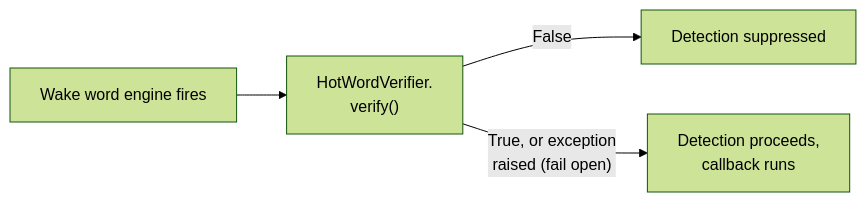
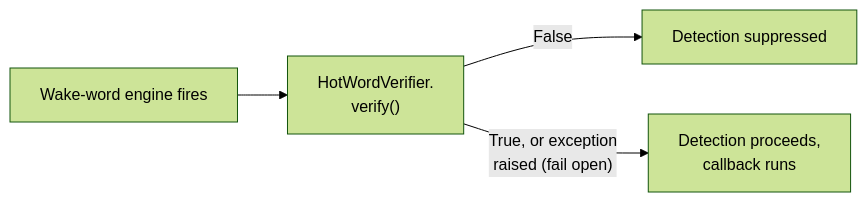
Before and after one commit to OpenVoiceOS/beta-technical-manual: the second of 2 diagrams in docs/wake-word-plugins.md, drawn with Mermaid (forest theme). The commit also changed other lines of this file and 43 other files, not shown here.

````diff
--- a/docs/wake-word-plugins.md
+++ b/docs/wake-word-plugins.md
@@ -170,6 +170,6 @@
 ```mermaid
 flowchart LR
-    A[Wake word engine fires] --> B["HotWordVerifier.<br/>verify()"]
+    A[Wake-word engine fires] --> B["HotWordVerifier.<br/>verify()"]
     B -->|"False"| C[Detection suppressed]
     B -->|"True, or exception<br/>raised (fail open)"| D["Detection proceeds,<br/>callback runs"]
 ```
````
